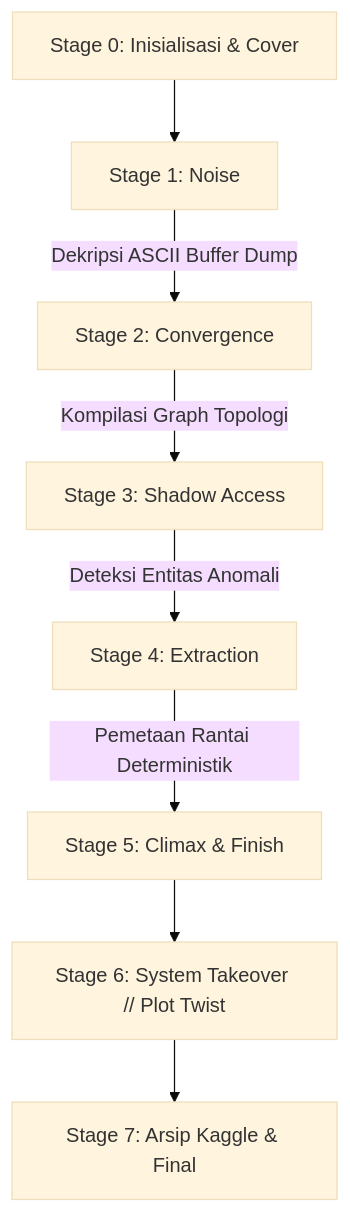
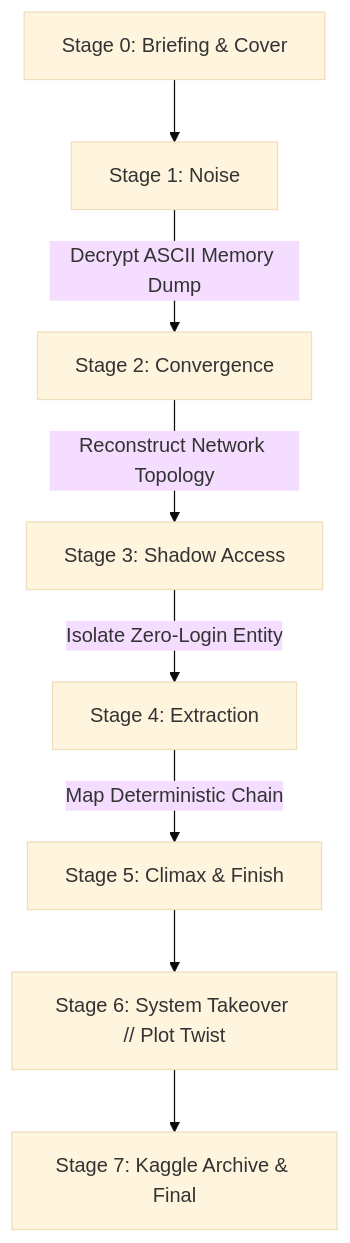
One commit to Akma86/THE-SYSTEM-THAT-LEARNS-BACK changed the diagram in README.md. Above: the diagram before and after it, drawn with Mermaid (base theme). The commit also changed other lines of this file and 7 other files, not shown here.

````diff
--- a/README.md
+++ b/README.md
@@ -91,10 +91,10 @@
 ```mermaid
 graph TD
-    A[Stage 0: Inisialisasi & Cover] --> B[Stage 1: Noise]
-    B -->|Dekripsi ASCII Buffer Dump| C[Stage 2: Convergence]
-    C -->|Kompilasi Graph Topologi| D[Stage 3: Shadow Access]
-    D -->|Deteksi Entitas Anomali| E[Stage 4: Extraction]
-    E -->|Pemetaan Rantai Deterministik| F[Stage 5: Climax & Finish]
+    A[Stage 0: Briefing & Cover] --> B[Stage 1: Noise]
+    B -->|Decrypt ASCII Memory Dump| C[Stage 2: Convergence]
+    C -->|Reconstruct Network Topology| D[Stage 3: Shadow Access]
+    D -->|Isolate Zero-Login Entity| E[Stage 4: Extraction]
+    E -->|Map Deterministic Chain| F[Stage 5: Climax & Finish]
     F --> G[Stage 6: System Takeover // Plot Twist]
-    G --> H[Stage 7: Arsip Kaggle & Final]
+    G --> H[Stage 7: Kaggle Archive & Final]
 ```
````
